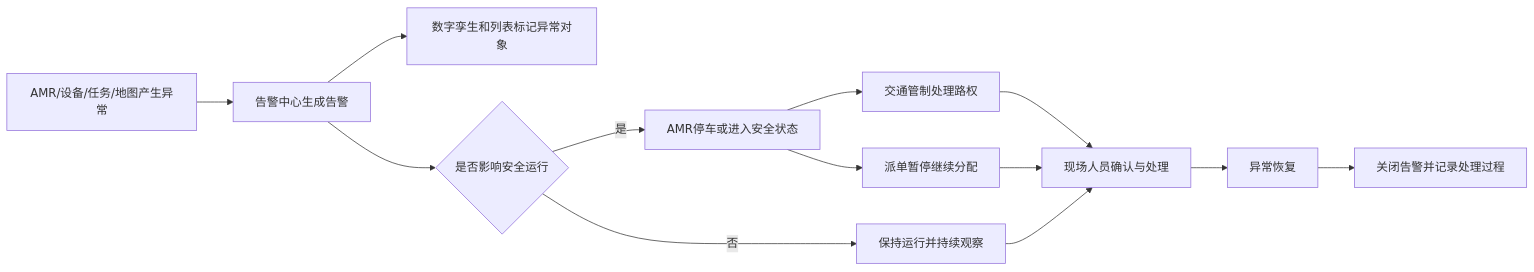
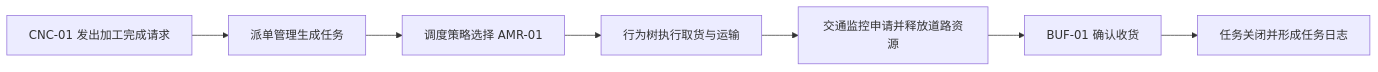
The diagram in AMR系统设计文档.md (zhanzhikai611-del/AMR_prototype), drawn with Mermaid before and after one commit. The commit also changed other lines of this file and 13 other files, not shown here.

````diff
--- a/AMR系统设计文档.md
+++ b/AMR系统设计文档.md
@@ -389,15 +20,9 @@
 ```mermaid
 flowchart LR
-    A[AMR/设备/任务/地图产生异常] --> B[告警中心生成告警]
-    B --> C[数字孪生和列表标记异常对象]
-    B --> D{是否影响安全运行}
-    D -- 是 --> E[AMR停车或进入安全状态]
-    E --> F[交通管制处理路权]
-    E --> G[派单暂停继续分配]
-    D -- 否 --> H[保持运行并持续观察]
-    F --> I[现场人员确认与处理]
-    G --> I
-    H --> I
-    I --> J[异常恢复]
-    J --> K[关闭告警并记录处理过程]
+  A["CNC-01 发出加工完成请求"] --> B["派单管理生成任务"]
+  B --> C["调度策略选择 AMR-01"]
+  C --> D["行为树执行取货与运输"]
+  D --> E["交通监控申请并释放道路资源"]
+  E --> F["BUF-01 确认收货"]
+  F --> G["任务关闭并形成任务日志"]
 ```
````
